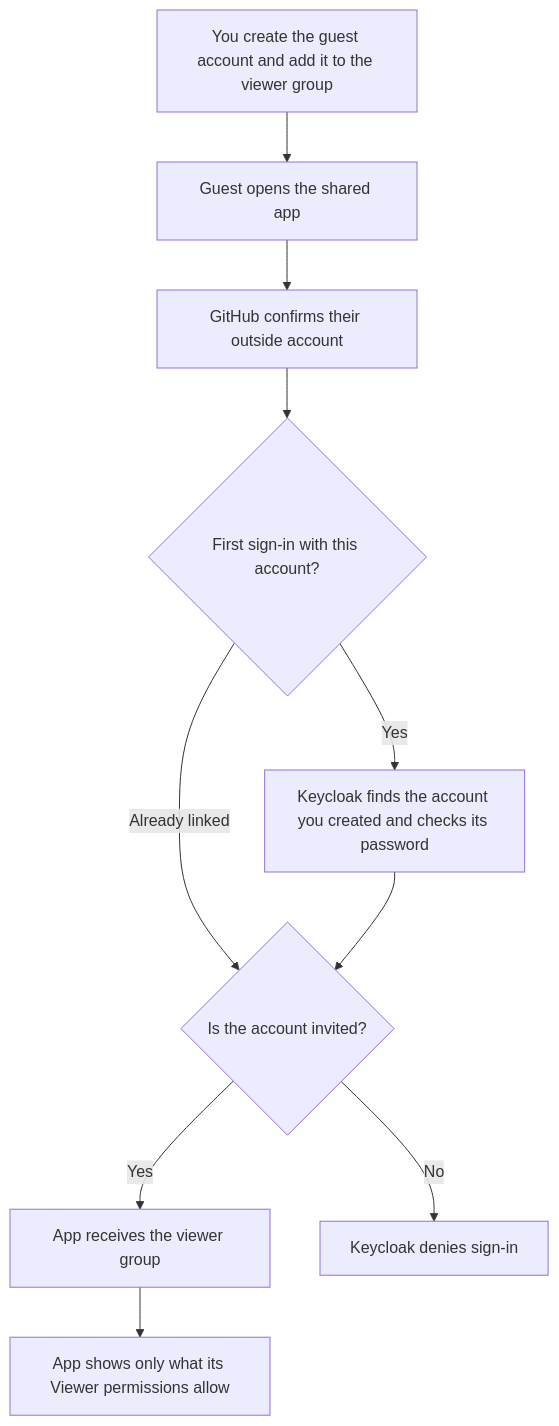
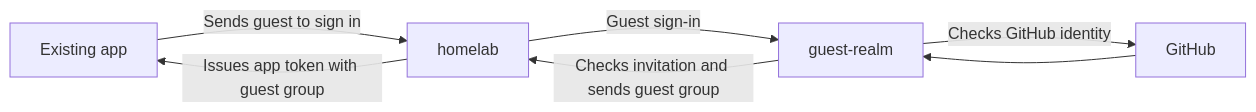
The diagram in terraform/keycloak/guest-access/README.md (Quangsumi/k3s-homelab), drawn with Mermaid before and after one commit. The commit also changed other lines of this file and 4 other files, not shown here.

Commit message:
Share one guest realm across existing homelab apps

````diff
--- a/terraform/keycloak/guest-access/README.md
+++ b/terraform/keycloak/guest-access/README.md
@@ -9,12 +7,9 @@
 ```mermaid
-flowchart TD
-    A[You create the guest account and add it to the viewer group] --> B[Guest opens the shared app]
-    B --> C[GitHub confirms their outside account]
-    C --> D{First sign-in with this account?}
-    D -->|Yes| E[Keycloak finds the account you created and checks its password]
-    D -->|Already linked| F{Is the account invited?}
-    E --> F
-    F -->|Yes| G[App receives the viewer group]
-    F -->|No| H[Keycloak denies sign-in]
-    G --> I[App shows only what its Viewer permissions allow]
+flowchart LR
+    A[Existing app] -->|Sends guest to sign in| B[homelab]
+    B -->|Guest sign-in| C[guest-realm]
+    C -->|Checks GitHub identity| D[GitHub]
+    D --> C
+    C -->|Checks invitation and sends guest group| B
+    B -->|Issues app token with guest group| A
 ```
````
